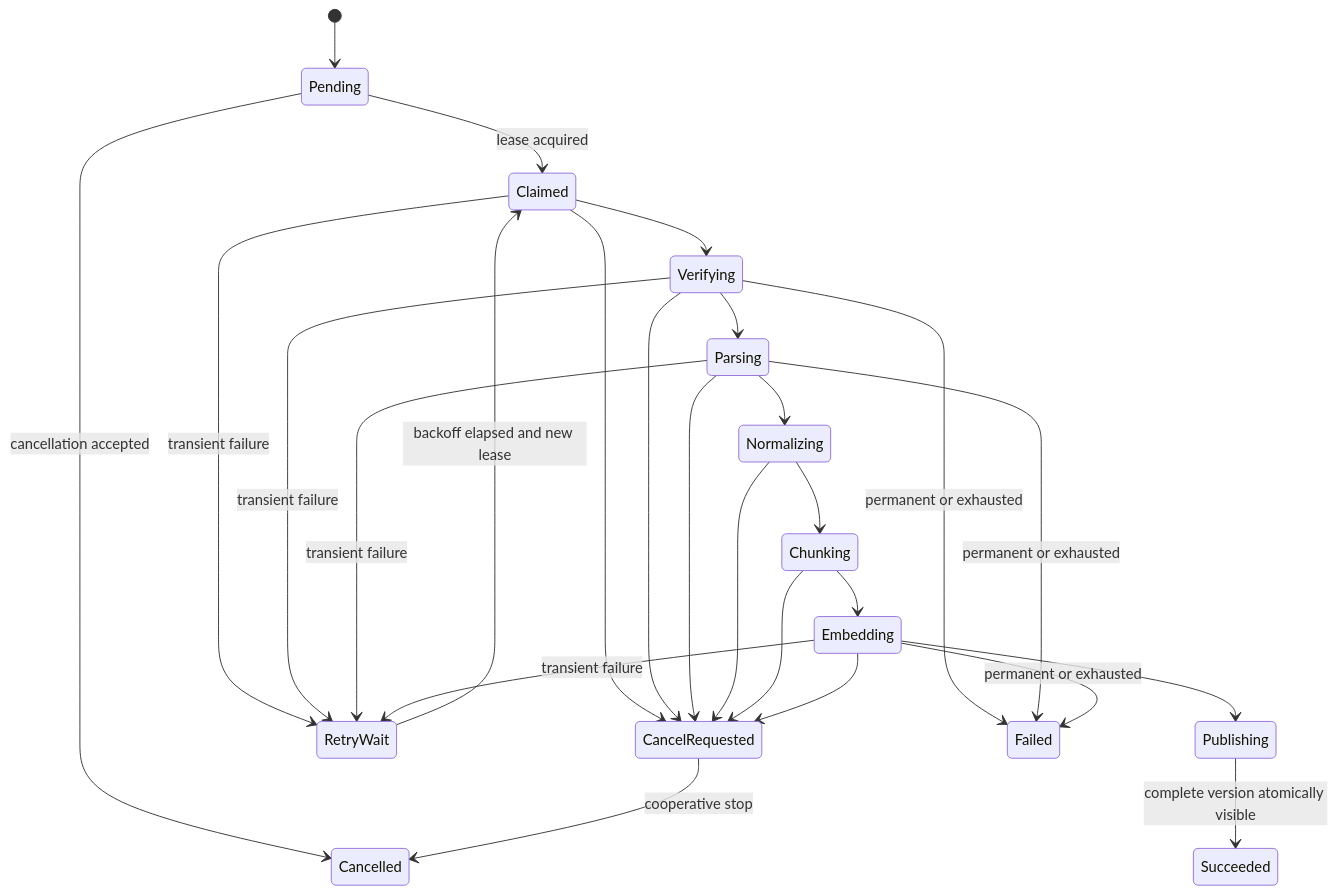
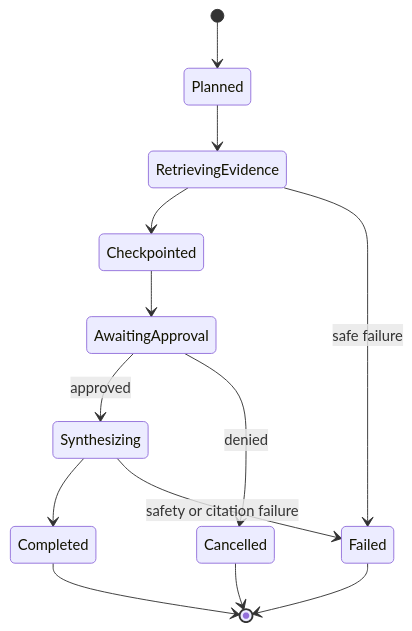
Before and after one commit to codevoks/atlas-ai: the fifth of 6 diagrams in docs/system-design-visuals.md, drawn with Mermaid. The commit also changed other lines of this file and 37 other files, not shown here.

````diff
--- a/docs/system-design-visuals.md
+++ b/docs/system-design-visuals.md
@@ -352,31 +88,15 @@
 ```mermaid
 stateDiagram-v2
-    [*] --> Pending
-    Pending --> Claimed: lease acquired
-    Claimed --> Verifying
-    Verifying --> Parsing
-    Parsing --> Normalizing
-    Normalizing --> Chunking
-    Chunking --> Embedding
-    Embedding --> Publishing
-    Publishing --> Succeeded: complete version atomically visible
-
-    Claimed --> RetryWait: transient failure
-    Verifying --> RetryWait: transient failure
-    Parsing --> RetryWait: transient failure
-    Embedding --> RetryWait: transient failure
-    RetryWait --> Claimed: backoff elapsed and new lease
-
-    Pending --> Cancelled: cancellation accepted
-    Claimed --> CancelRequested
-    Verifying --> CancelRequested
-    Parsing --> CancelRequested
-    Normalizing --> CancelRequested
-    Chunking --> CancelRequested
-    Embedding --> CancelRequested
-    CancelRequested --> Cancelled: cooperative stop
-
-    Verifying --> Failed: permanent or exhausted
-    Parsing --> Failed: permanent or exhausted
-    Embedding --> Failed: permanent or exhausted
+    [*] --> Planned
+    Planned --> RetrievingEvidence
+    RetrievingEvidence --> Checkpointed
+    Checkpointed --> AwaitingApproval
+    AwaitingApproval --> Synthesizing: approved
+    AwaitingApproval --> Cancelled: denied
+    Synthesizing --> Completed
+    RetrievingEvidence --> Failed: safe failure
+    Synthesizing --> Failed: safety or citation failure
+    Completed --> [*]
+    Cancelled --> [*]
+    Failed --> [*]
 ```
````
